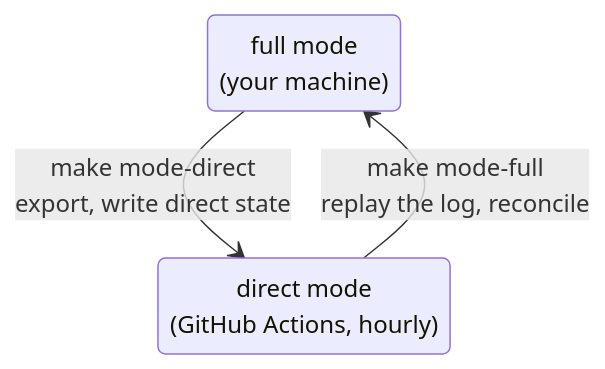
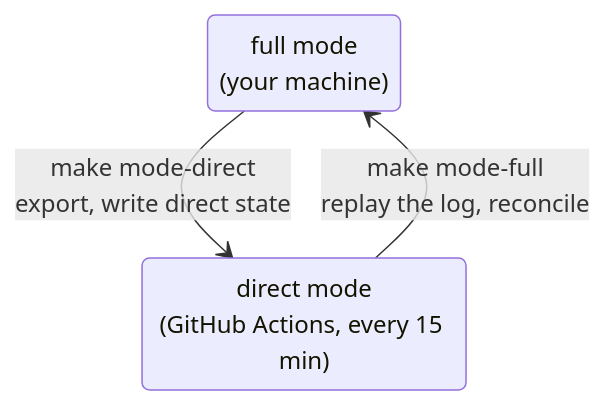
One commit to dienarvaez1/earth-hub changed the second of 2 diagrams in README.md. Above: the diagram before and after it, drawn with Mermaid. The commit also changed other lines of this file and 30 other files, not shown here.

First line of the commit message:
feat: MIT license, release script, direct mode every 15 minutes, no preview label; DEF-051 (#38)

````diff
--- a/README.md
+++ b/README.md
@@ -37,8 +37,8 @@
 ```mermaid
 stateDiagram-v2
     direction TB
     full: full mode<br/>(your machine)
-    direct: direct mode<br/>(GitHub Actions, hourly)
+    direct: direct mode<br/>(GitHub Actions, every 15 min)
     full --> direct: make mode-direct<br/>export, write direct state
     direct --> full: make mode-full<br/>replay the log, reconcile
 ```
````
